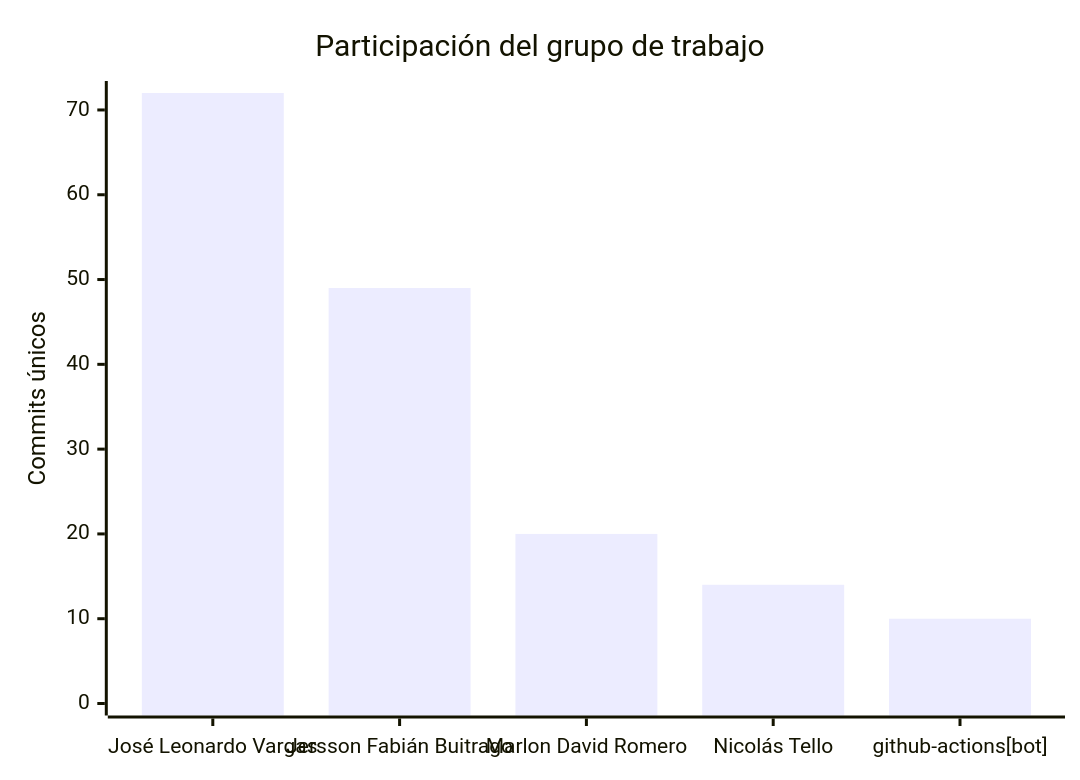
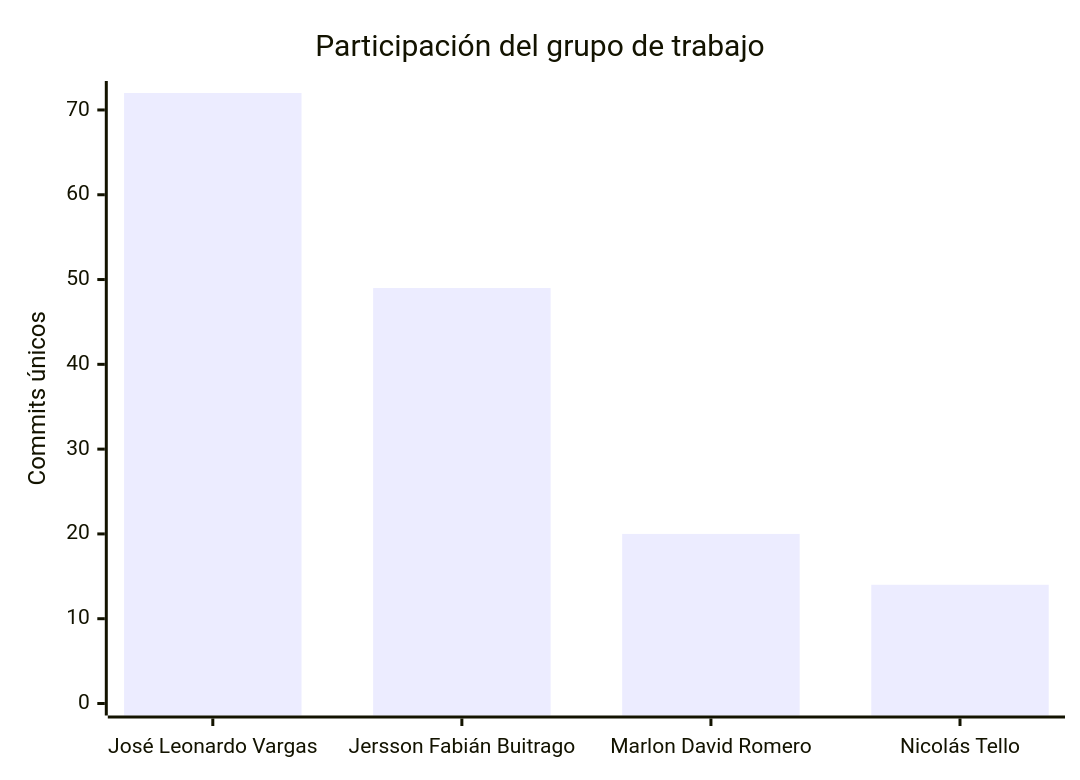
Before and after one commit to FarmaExpres/FarmaExpres: the second of 2 diagrams in README.md, drawn with Mermaid. The commit also changed other lines of this file and 2 other files, not shown here.

Commit message:
update data

````diff
--- a/README.md
+++ b/README.md
@@ -39,7 +37,7 @@
 ```mermaid
 xychart-beta
     title "Participación del grupo de trabajo"
-    x-axis ["José Leonardo Vargas", "Jersson Fabián Buitrago", "Marlon David Romero", "Nicolás Tello", "github-actions[bot]"]
+    x-axis ["José Leonardo Vargas", "Jersson Fabián Buitrago", "Marlon David Romero", "Nicolás Tello"]
     y-axis "Commits únicos" 0 --> 72
-    bar [72, 49, 20, 14, 10]
+    bar [72, 49, 20, 14]
 ```
````
